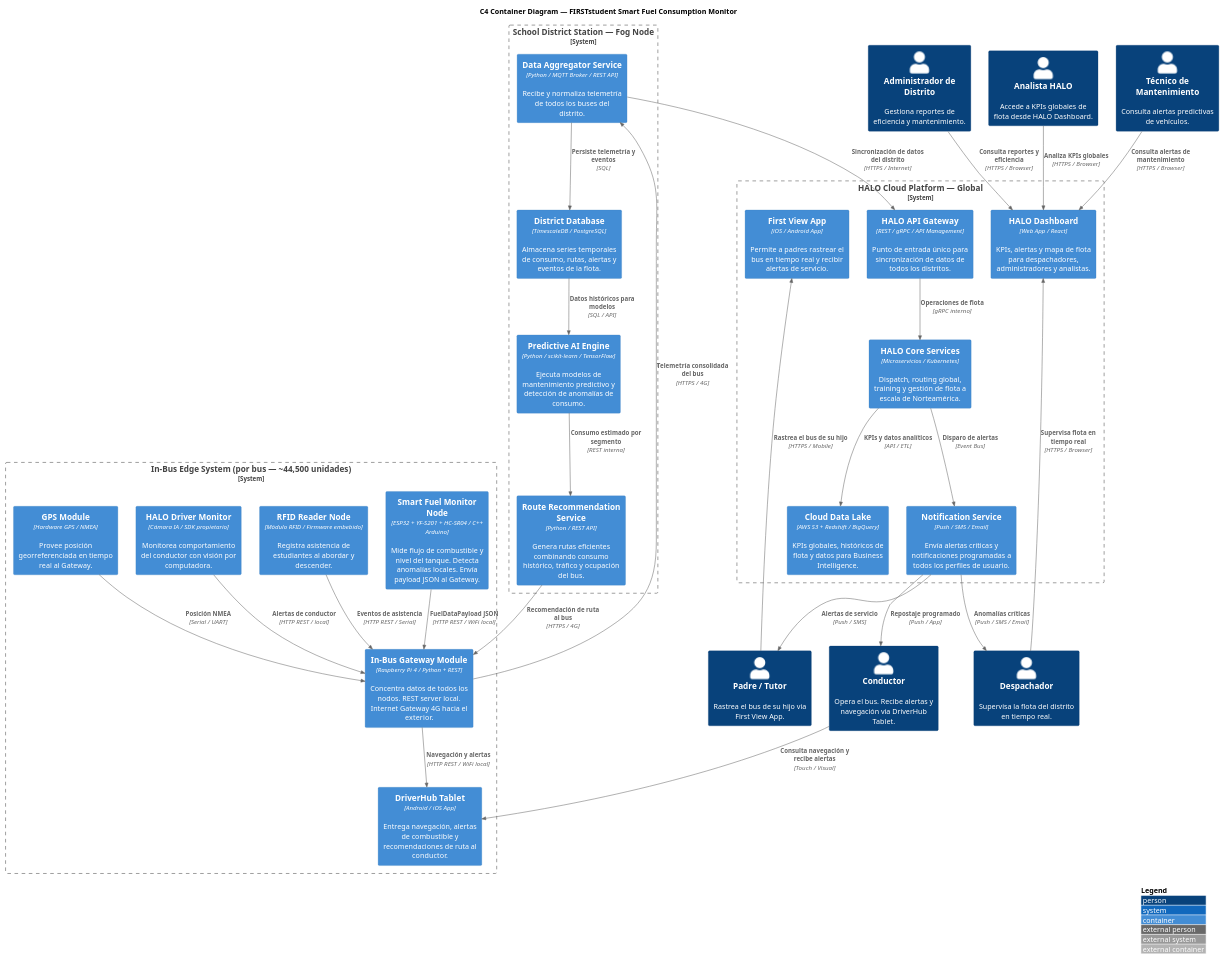
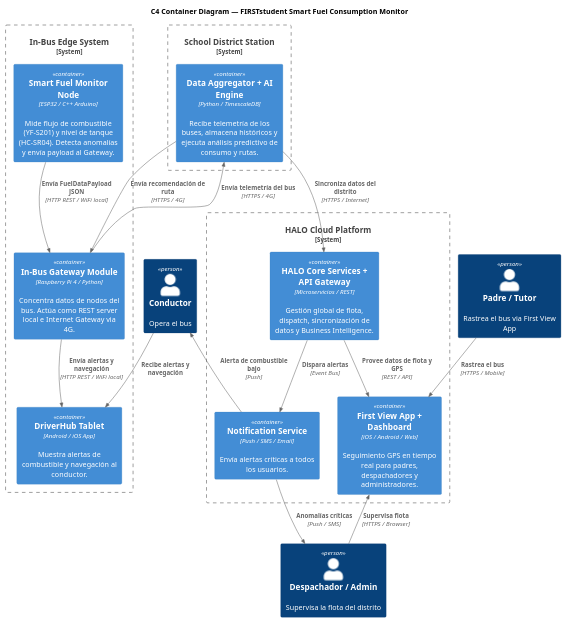
The diagram in README.md (ExamenesUPC/parcial-iot-ejercicio), drawn with PlantUML before and after one commit.

Commit message:
Refactor C4 Container Diagram in README.md for clarity and conciseness

````diff
--- a/README.md
+++ b/README.md
@@ -174,96 +174,41 @@
 
 !include https://raw.githubusercontent.com/plantuml-stdlib/C4-PlantUML/master/C4_Container.puml
 
-LAYOUT_WITH_LEGEND()
-
 title C4 Container Diagram — FIRSTstudent Smart Fuel Consumption Monitor
 
-' ===== PERSONAS =====
-Person(conductor, "Conductor", "Opera el bus. Recibe alertas y navegación via DriverHub Tablet.")
-Person(despachador, "Despachador", "Supervisa la flota del distrito en tiempo real.")
-Person(admin, "Administrador de Distrito", "Gestiona reportes de eficiencia y mantenimiento.")
-Person(padre, "Padre / Tutor", "Rastrea el bus de su hijo via First View App.")
-Person(analista, "Analista HALO", "Accede a KPIs globales de flota desde HALO Dashboard.")
-Person(tecnico, "Técnico de Mantenimiento", "Consulta alertas predictivas de vehículos.")
+Person(conductor, "Conductor", "Opera el bus")
+Person(despachador, "Despachador / Admin", "Supervisa la flota del distrito")
+Person(padre, "Padre / Tutor", "Rastrea el bus via First View App")
 
-' ===== EDGE: IN-BUS SYSTEM =====
-System_Boundary(edge, "In-Bus Edge System (por bus — ~44,500 unidades)") {
-
-    Container(fuelMonitor, "Smart Fuel Monitor Node", "ESP32 + YF-S201 + HC-SR04 / C++ Arduino", "Mide flujo de combustible y nivel del tanque. Detecta anomalías locales. Envía payload JSON al Gateway.")
-
-    Container(rfidNode, "RFID Reader Node", "Módulo RFID / Firmware embebido", "Registra asistencia de estudiantes al abordar y descender.")
-
-    Container(cameraNode, "HALO Driver Monitor", "Cámara IA / SDK propietario", "Monitorea comportamiento del conductor con visión por computadora.")
-
-    Container(gpsModule, "GPS Module", "Hardware GPS / NMEA", "Provee posición georreferenciada en tiempo real al Gateway.")
-
-    Container(gateway, "In-Bus Gateway Module", "Raspberry Pi 4 / Python + REST", "Concentra datos de todos los nodos. REST server local. Internet Gateway 4G hacia el exterior.")
-
-    Container(tablet, "DriverHub Tablet", "Android / iOS App", "Entrega navegación, alertas de combustible y recomendaciones de ruta al conductor.")
+System_Boundary(edge, "In-Bus Edge System") {
+    Container(fuelMonitor, "Smart Fuel Monitor Node", "ESP32 / C++ Arduino", "Mide flujo de combustible (YF-S201) y nivel de tanque (HC-SR04). Detecta anomalías y envía payload al Gateway.")
+    Container(gateway, "In-Bus Gateway Module", "Raspberry Pi 4 / Python", "Concentra datos de nodos del bus. Actúa como REST server local e Internet Gateway via 4G.")
+    Container(tablet, "DriverHub Tablet", "Android / iOS App", "Muestra alertas de combustible y navegación al conductor.")
 }
 
-' ===== FOG: DISTRICT STATION =====
-System_Boundary(fog, "School District Station — Fog Node") {
-
-    Container(aggregator, "Data Aggregator Service", "Python / MQTT Broker / REST API", "Recibe y normaliza telemetría de todos los buses del distrito.")
-
-    Container(districtDB, "District Database", "TimescaleDB / PostgreSQL", "Almacena series temporales de consumo, rutas, alertas y eventos de la flota.")
-
-    Container(aiEngine, "Predictive AI Engine", "Python / scikit-learn / TensorFlow", "Ejecuta modelos de mantenimiento predictivo y detección de anomalías de consumo.")
-
-    Container(routeService, "Route Recommendation Service", "Python / REST API", "Genera rutas eficientes combinando consumo histórico, tráfico y ocupación del bus.")
+System_Boundary(fog, "School District Station") {
+    Container(aggregator, "Data Aggregator + AI Engine", "Python / TimescaleDB", "Recibe telemetría de los buses, almacena históricos y ejecuta análisis predictivo de consumo y rutas.")
 }
 
-' ===== CLOUD: HALO PLATFORM =====
-System_Boundary(cloud, "HALO Cloud Platform — Global") {
-
-    Container(haloGateway, "HALO API Gateway", "REST / gRPC / API Management", "Punto de entrada único para sincronización de datos de todos los distritos.")
-
-    Container(haloCoreServices, "HALO Core Services", "Microservicios / Kubernetes", "Dispatch, routing global, training y gestión de flota a escala de Norteamérica.")
-
-    Container(dataLake, "Cloud Data Lake", "AWS S3 + Redshift / BigQuery", "KPIs globales, históricos de flota y datos para Business Intelligence.")
-
-    Container(firstViewApp, "First View App", "iOS / Android App", "Permite a padres rastrear el bus en tiempo real y recibir alertas de servicio.")
-
-    Container(haloDashboard, "HALO Dashboard", "Web App / React", "KPIs, alertas y mapa de flota para despachadores, administradores y analistas.")
-
-    Container(notificationService, "Notification Service", "Push / SMS / Email", "Envía alertas críticas y notificaciones programadas a todos los perfiles de usuario.")
+System_Boundary(cloud, "HALO Cloud Platform") {
+    Container(haloCore, "HALO Core Services + API Gateway", "Microservicios / REST", "Gestión global de flota, dispatch, sincronización de datos y Business Intelligence.")
+    Container(firstView, "First View App + Dashboard", "iOS / Android / Web", "Seguimiento GPS en tiempo real para padres, despachadores y administradores.")
+    Container(notifications, "Notification Service", "Push / SMS / Email", "Envía alertas críticas a todos los usuarios.")
 }
 
-' ===== RELACIONES EDGE INTERNAS =====
-Rel(fuelMonitor, gateway, "FuelDataPayload JSON", "HTTP REST / WiFi local")
-Rel(rfidNode, gateway, "Eventos de asistencia", "HTTP REST / Serial")
-Rel(cameraNode, gateway, "Alertas de conductor", "HTTP REST / local")
-Rel(gpsModule, gateway, "Posición NMEA", "Serial / UART")
-Rel(gateway, tablet, "Navegación y alertas", "HTTP REST / WiFi local")
+Rel(fuelMonitor, gateway, "Envía FuelDataPayload JSON", "HTTP REST / WiFi local")
+Rel(gateway, tablet, "Envía alertas y navegación", "HTTP REST / WiFi local")
+Rel(gateway, aggregator, "Envía telemetría del bus", "HTTPS / 4G")
+Rel(aggregator, gateway, "Envía recomendación de ruta", "HTTPS / 4G")
+Rel(aggregator, haloCore, "Sincroniza datos del distrito", "HTTPS / Internet")
+Rel(haloCore, firstView, "Provee datos de flota y GPS", "REST / API")
+Rel(haloCore, notifications, "Dispara alertas", "Event Bus")
 
-' ===== RELACIONES EDGE → FOG =====
-Rel(gateway, aggregator, "Telemetría consolidada del bus", "HTTPS / 4G")
-
-' ===== RELACIONES FOG INTERNAS =====
-Rel(aggregator, districtDB, "Persiste telemetría y eventos", "SQL")
-Rel(districtDB, aiEngine, "Datos históricos para modelos", "SQL / API")
-Rel(aiEngine, routeService, "Consumo estimado por segmento", "REST interna")
-Rel(routeService, gateway, "Recomendación de ruta al bus", "HTTPS / 4G")
-
-' ===== RELACIONES FOG → CLOUD =====
-Rel(aggregator, haloGateway, "Sincronización de datos del distrito", "HTTPS / Internet")
-
-' ===== RELACIONES CLOUD INTERNAS =====
-Rel(haloGateway, haloCoreServices, "Operaciones de flota", "gRPC interno")
-Rel(haloCoreServices, dataLake, "KPIs y datos analíticos", "API / ETL")
-Rel(haloCoreServices, notificationService, "Disparo de alertas", "Event Bus")
-
-' ===== RELACIONES USUARIOS =====
-Rel(conductor, tablet, "Consulta navegación y recibe alertas", "Touch / Visual")
-Rel(despachador, haloDashboard, "Supervisa flota en tiempo real", "HTTPS / Browser")
-Rel(admin, haloDashboard, "Consulta reportes y eficiencia", "HTTPS / Browser")
-Rel(padre, firstViewApp, "Rastrea el bus de su hijo", "HTTPS / Mobile")
-Rel(analista, haloDashboard, "Analiza KPIs globales", "HTTPS / Browser")
-Rel(tecnico, haloDashboard, "Consulta alertas de mantenimiento", "HTTPS / Browser")
-Rel(notificationService, padre, "Alertas de servicio", "Push / SMS")
-Rel(notificationService, conductor, "Repostaje programado", "Push / App")
-Rel(notificationService, despachador, "Anomalías críticas", "Push / SMS / Email")
+Rel(conductor, tablet, "Recibe alertas y navegación", "")
+Rel(despachador, firstView, "Supervisa flota", "HTTPS / Browser")
+Rel(padre, firstView, "Rastrea el bus", "HTTPS / Mobile")
+Rel(notifications, conductor, "Alerta de combustible bajo", "Push")
+Rel(notifications, despachador, "Anomalías críticas", "Push / SMS")
 
 @enduml
 ```
````
